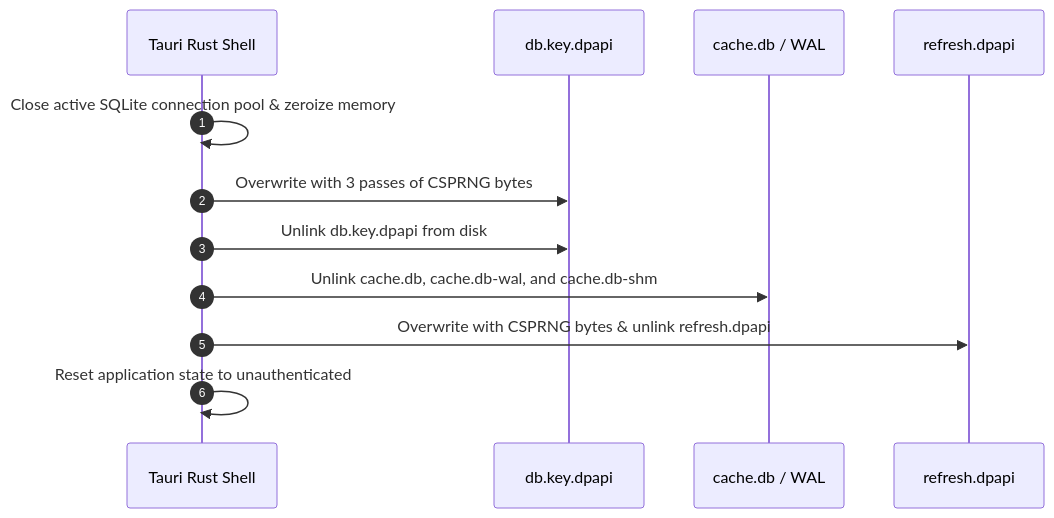
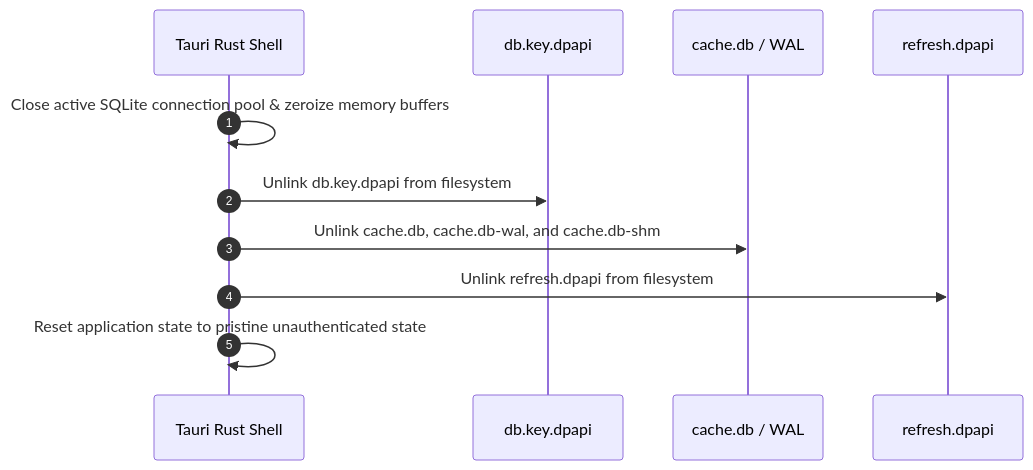
The diagram in docs/desktop-migration/day-02/08c-credential-database-and-offline-security-review.md (CodeTillEternity/Edupulse_ERP_desktop_v1.0), drawn with Mermaid before and after one commit. The commit also changed other lines of this file and 4 other files, not shown here.

````diff
--- a/docs/desktop-migration/day-02/08c-credential-database-and-offline-security-review.md
+++ b/docs/desktop-migration/day-02/08c-credential-database-and-offline-security-review.md
@@ -91,15 +100,14 @@
 ```mermaid
 sequenceDiagram
     autonumber
     participant App as Tauri Rust Shell
     participant Key as db.key.dpapi
     participant DB as cache.db / WAL
     participant Auth as refresh.dpapi
 
-    App->>App: Close active SQLite connection pool & zeroize memory
-    App->>Key: Overwrite with 3 passes of CSPRNG bytes
-    App->>Key: Unlink db.key.dpapi from disk
+    App->>App: Close active SQLite connection pool & zeroize memory buffers
+    App->>Key: Unlink db.key.dpapi from filesystem
     App->>DB: Unlink cache.db, cache.db-wal, and cache.db-shm
-    App->>Auth: Overwrite with CSPRNG bytes & unlink refresh.dpapi
-    App->>App: Reset application state to unauthenticated
+    App->>Auth: Unlink refresh.dpapi from filesystem
+    App->>App: Reset application state to pristine unauthenticated state
 ```
````
